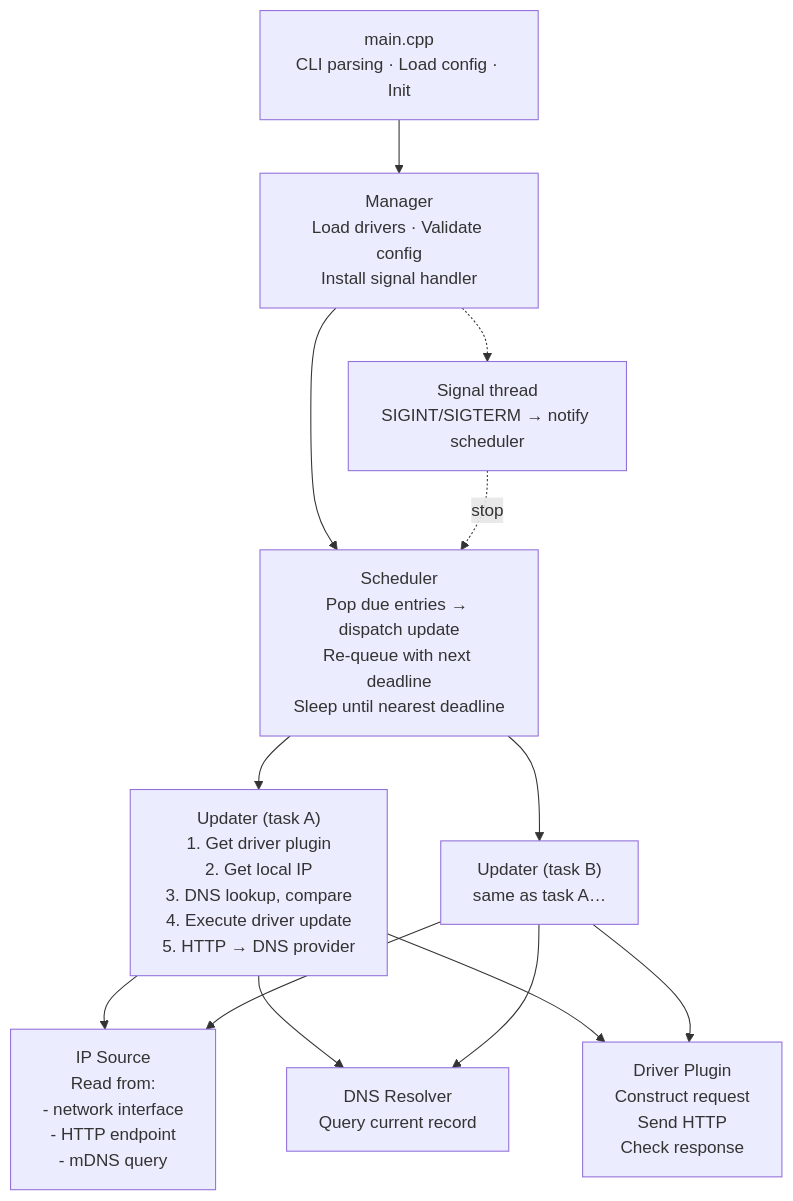
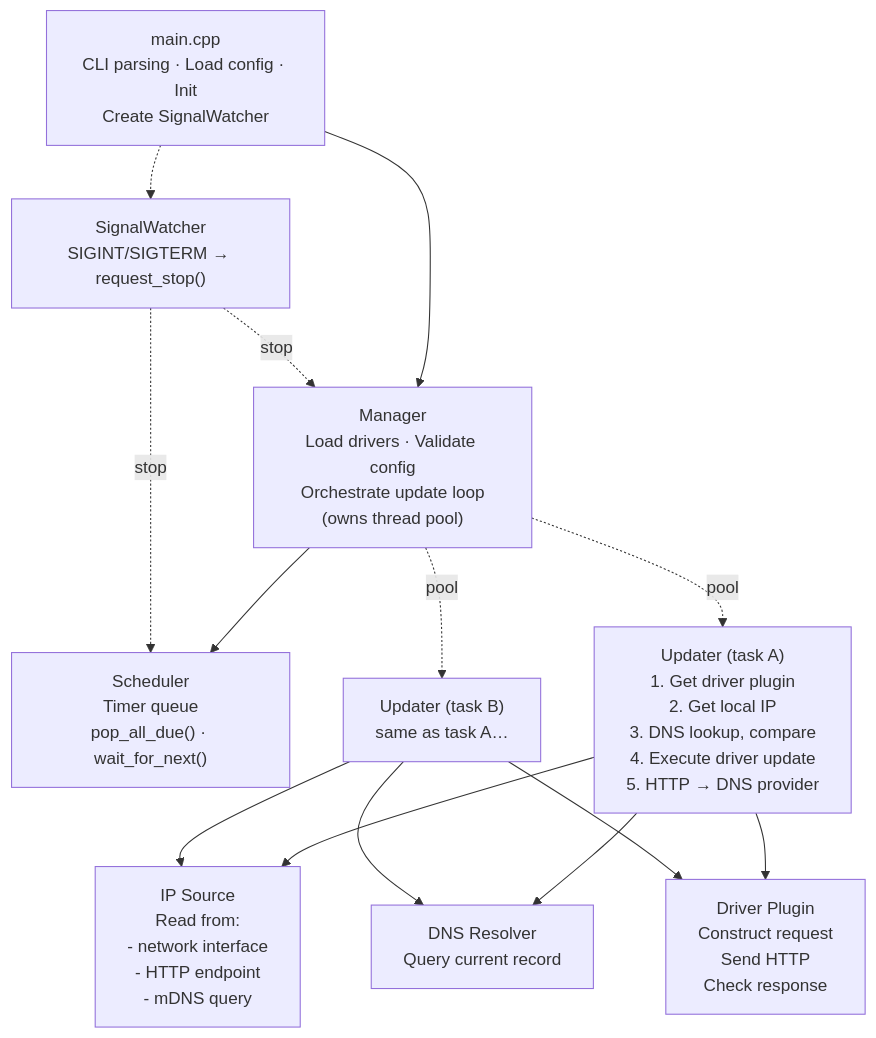
Before and after one commit to CyberKoo/yaddnsc: the diagram in README.md, drawn with Mermaid. The commit also changed other lines of this file and 14 other files, not shown here.

````diff
--- a/README.md
+++ b/README.md
@@ -30,46 +30,48 @@
 ```mermaid
 flowchart TB
     main["main.cpp
-CLI parsing · Load config · Init"]
+CLI parsing · Load config · Init
+Create SignalWatcher"]
     mgr["Manager
 Load drivers · Validate config
-Install signal handler"]
+Orchestrate update loop
+(owns thread pool)"]
     sched["Scheduler
-Pop due entries → dispatch update
-Re-queue with next deadline
-Sleep until nearest deadline"]
-    signal["Signal thread
-SIGINT/SIGTERM → notify scheduler"]
+Timer queue
+pop_all_due() · wait_for_next()"]
+    watcher["SignalWatcher
+SIGINT/SIGTERM → request_stop()"]
     updaterA["Updater (task A)
 1. Get driver plugin
 2. Get local IP
 3. DNS lookup, compare
 4. Execute driver update
 5. HTTP → DNS provider"]
     updaterB["Updater (task B)
 same as task A…"]
     ip["IP Source
 Read from:
 - network interface
 - HTTP endpoint
 - mDNS query"]
     dns["DNS Resolver
 Query current record"]
     driver["Driver Plugin
 Construct request
 Send HTTP
 Check response"]
 
     main --> mgr
+    main -.-> watcher
     mgr --> sched
-    mgr -.-> signal
-    signal -.->|stop| sched
-    sched --> updaterA
-    sched --> updaterB
+    mgr -.->|pool| updaterA
+    mgr -.->|pool| updaterB
+    watcher -.->|stop| mgr
+    watcher -.->|stop| sched
     updaterA --> ip
     updaterA --> dns
     updaterA --> driver
     updaterB --> ip
     updaterB --> dns
     updaterB --> driver
 ```
````
